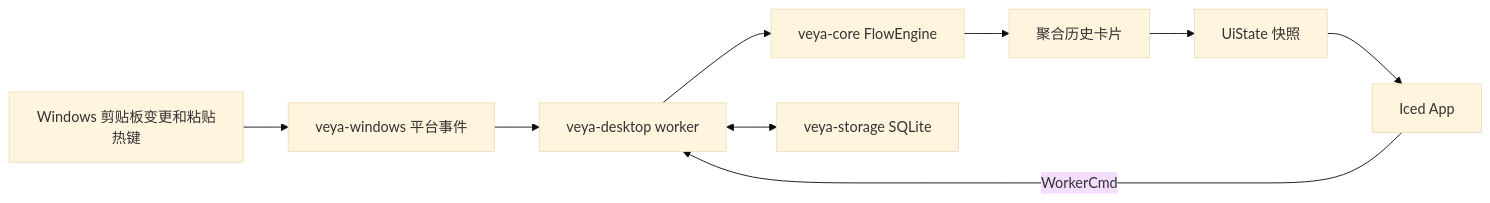
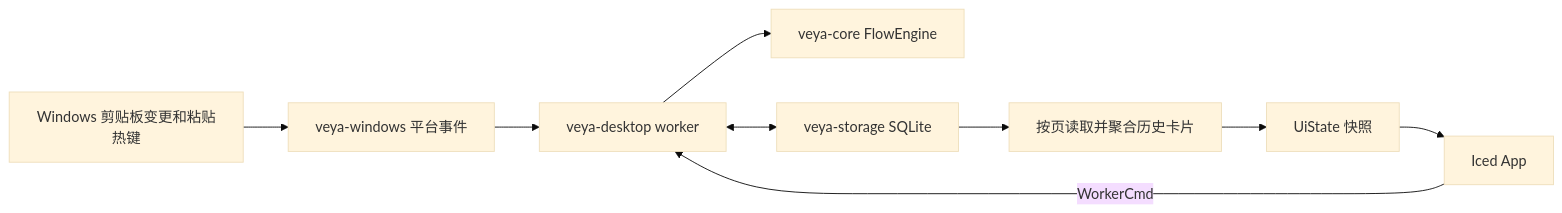
One commit to NGLSL/Veya changed the diagram in docs/ARCHITECTURE.md. Above: the diagram before and after it, drawn with Mermaid (base theme). The commit also changed other lines of this file and 13 other files, not shown here.

````diff
--- a/docs/ARCHITECTURE.md
+++ b/docs/ARCHITECTURE.md
@@ -7,11 +7,11 @@
 ```mermaid
 flowchart LR
     OS[Windows 剪贴板变更和粘贴热键] --> P[veya-windows 平台事件]
     P --> W[veya-desktop worker]
     W --> F[veya-core FlowEngine]
     W <--> S[veya-storage SQLite]
-    F --> A[聚合历史卡片]
+    S --> A[按页读取并聚合历史卡片]
     A --> U[UiState 快照]
     U --> I[Iced App]
     I -->|WorkerCmd| W
 ```
````
